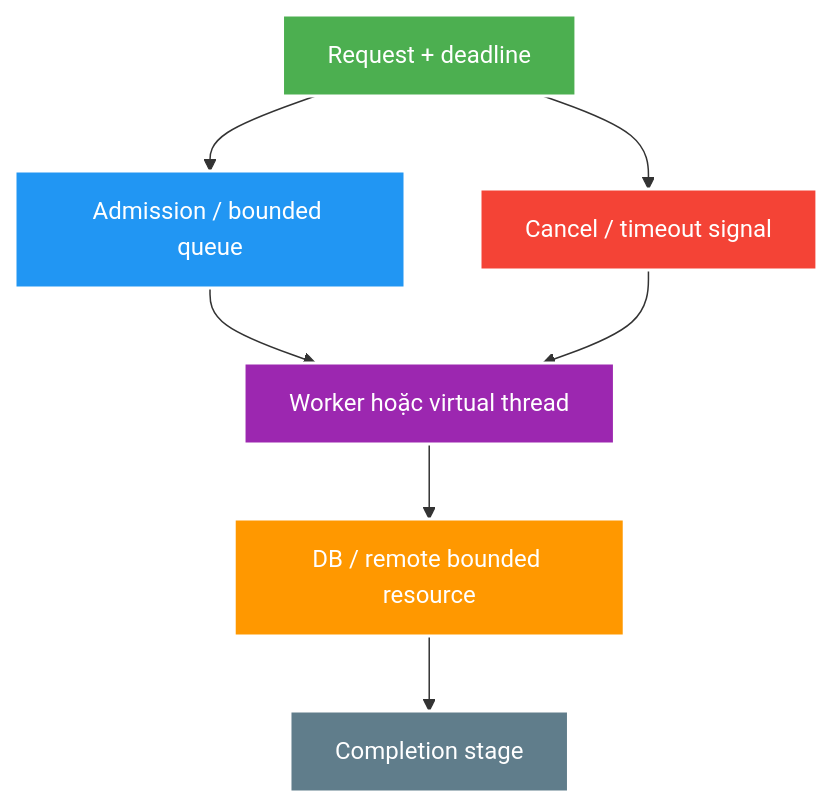
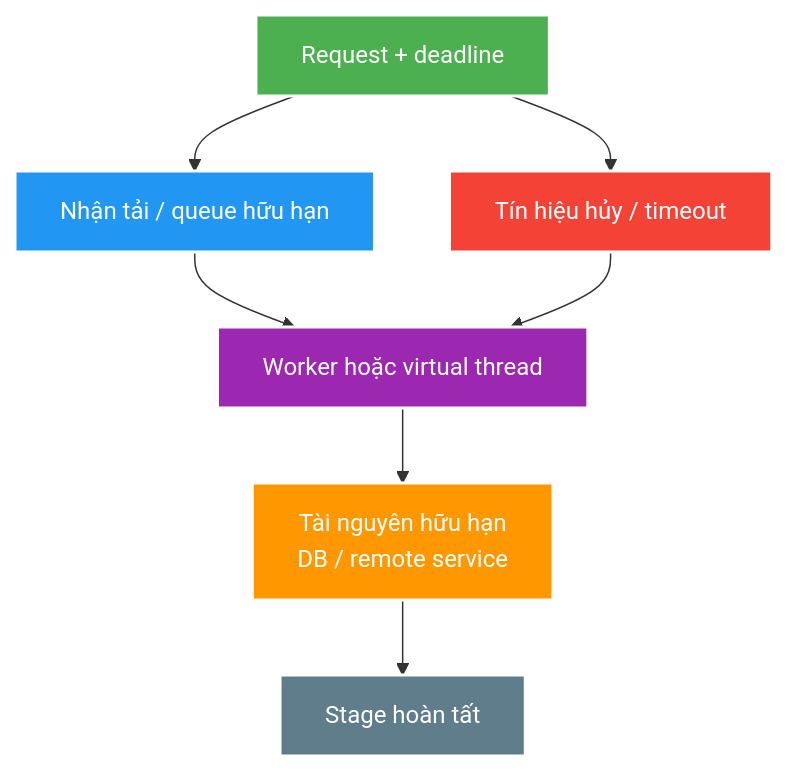
Before and after one commit to HungPhan200591/live-stream-backend: the diagram in docs/learning/topics/java/theory/core/executors-completablefuture-and-concurrency-control.md, drawn with Mermaid. The commit also changed 177 other files, not shown here.

````diff
--- a/docs/learning/topics/java/theory/core/executors-completablefuture-and-concurrency-control.md
+++ b/docs/learning/topics/java/theory/core/executors-completablefuture-and-concurrency-control.md
@@ -30,15 +30,15 @@
 ```mermaid
 flowchart TB
-    A["Request + deadline"] --> Q["Admission / bounded queue"]
+    A["Request + deadline"] --> Q["Nhận tải / queue hữu hạn"]
     Q --> W["Worker hoặc virtual thread"]
-    W --> D["DB / remote bounded resource"]
-    D --> C["Completion stage"]
-    A --> X["Cancel / timeout signal"]
+    W --> D["Tài nguyên hữu hạn<br/>DB / remote service"]
+    D --> C["Stage hoàn tất"]
+    A --> X["Tín hiệu hủy / timeout"]
     X --> W
     style A fill:#4CAF50,stroke:#fff,stroke-width:2px,color:#fff
     style Q fill:#2196F3,stroke:#fff,stroke-width:2px,color:#fff
     style W fill:#9C27B0,stroke:#fff,stroke-width:2px,color:#fff
     style D fill:#FF9800,stroke:#fff,stroke-width:2px,color:#fff
     style C fill:#607D8B,stroke:#fff,stroke-width:2px,color:#fff
     style X fill:#F44336,stroke:#fff,stroke-width:2px,color:#fff
 ```
````
